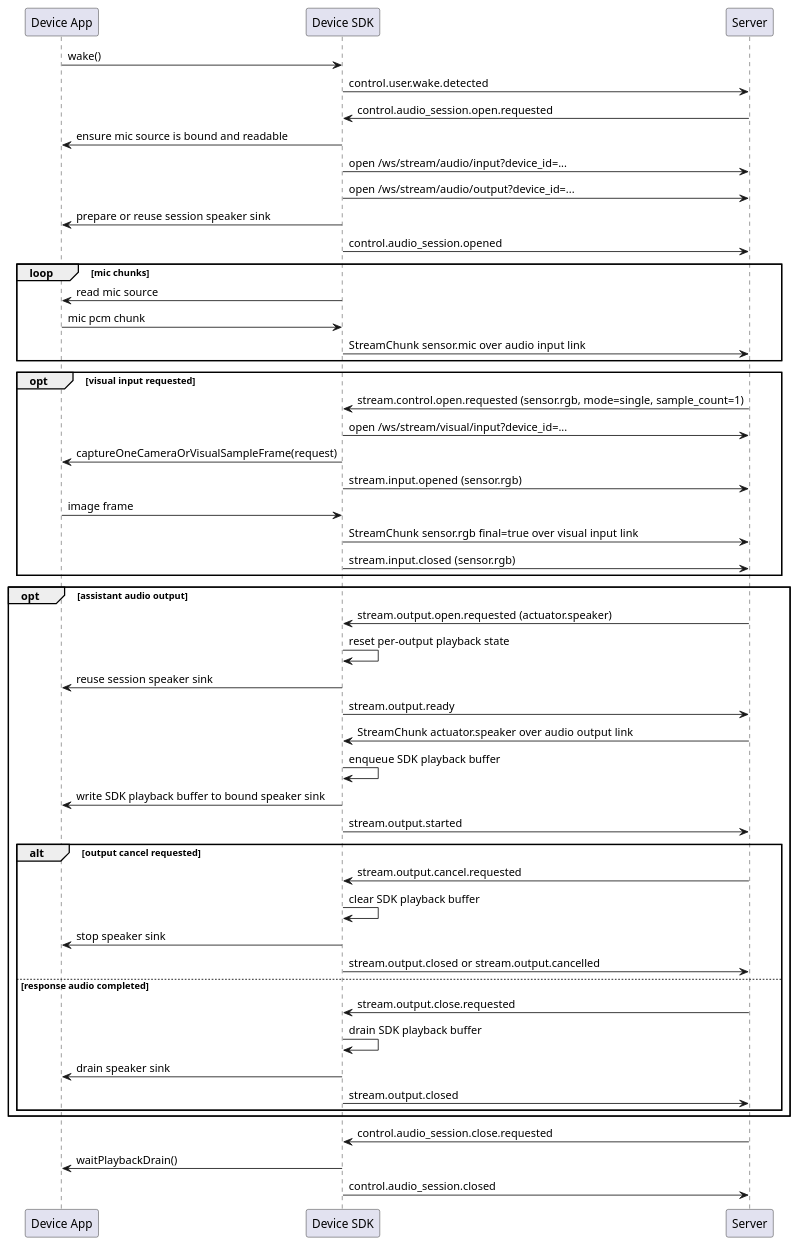
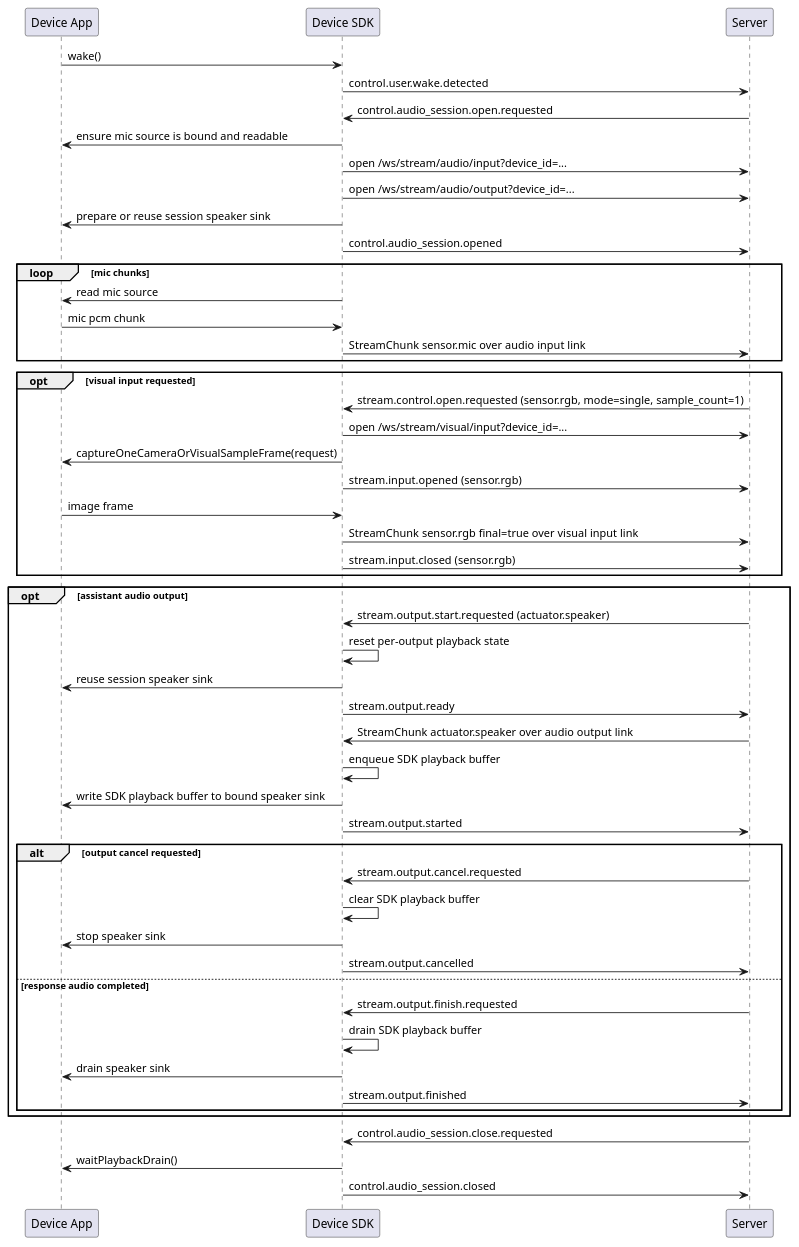
One commit to HengeLiu/RealtimeAgent changed the third of 6 diagrams in docs/reference/device-sdk-event-blueprint.md. Above: the diagram before and after it, drawn with PlantUML. The commit also changed other lines of this file and 2 other files, not shown here.

````diff
--- a/docs/reference/device-sdk-event-blueprint.md
+++ b/docs/reference/device-sdk-event-blueprint.md
@@ -222,57 +222,57 @@
 ```plantuml
 @startuml
 participant "Device App" as App
 participant "Device SDK" as SDK
 participant Server
 
 App -> SDK: wake()
 SDK -> Server: control.user.wake.detected
 Server -> SDK: control.audio_session.open.requested
 SDK -> App: ensure mic source is bound and readable
 SDK -> Server: open /ws/stream/audio/input?device_id=...
 SDK -> Server: open /ws/stream/audio/output?device_id=...
 SDK -> App: prepare or reuse session speaker sink
 SDK -> Server: control.audio_session.opened
 loop mic chunks
   SDK -> App: read mic source
   App -> SDK: mic pcm chunk
   SDK -> Server: StreamChunk sensor.mic over audio input link
 end
 
 opt visual input requested
   Server -> SDK: stream.control.open.requested (sensor.rgb, mode=single, sample_count=1)
   SDK -> Server: open /ws/stream/visual/input?device_id=...
   SDK -> App: captureOneCameraOrVisualSampleFrame(request)
   SDK -> Server: stream.input.opened (sensor.rgb)
   App -> SDK: image frame
   SDK -> Server: StreamChunk sensor.rgb final=true over visual input link
   SDK -> Server: stream.input.closed (sensor.rgb)
 end
 
 opt assistant audio output
-  Server -> SDK: stream.output.open.requested (actuator.speaker)
+  Server -> SDK: stream.output.start.requested (actuator.speaker)
   SDK -> SDK: reset per-output playback state
   SDK -> App: reuse session speaker sink
   SDK -> Server: stream.output.ready
   Server -> SDK: StreamChunk actuator.speaker over audio output link
   SDK -> SDK: enqueue SDK playback buffer
   SDK -> App: write SDK playback buffer to bound speaker sink
   SDK -> Server: stream.output.started
   alt output cancel requested
     Server -> SDK: stream.output.cancel.requested
     SDK -> SDK: clear SDK playback buffer
     SDK -> App: stop speaker sink
-    SDK -> Server: stream.output.closed or stream.output.cancelled
+    SDK -> Server: stream.output.cancelled
   else response audio completed
-    Server -> SDK: stream.output.close.requested
+    Server -> SDK: stream.output.finish.requested
     SDK -> SDK: drain SDK playback buffer
     SDK -> App: drain speaker sink
-    SDK -> Server: stream.output.closed
+    SDK -> Server: stream.output.finished
   end
 end
 
 Server -> SDK: control.audio_session.close.requested
 SDK -> App: waitPlaybackDrain()
 SDK -> Server: control.audio_session.closed
 @enduml
 ```
````
